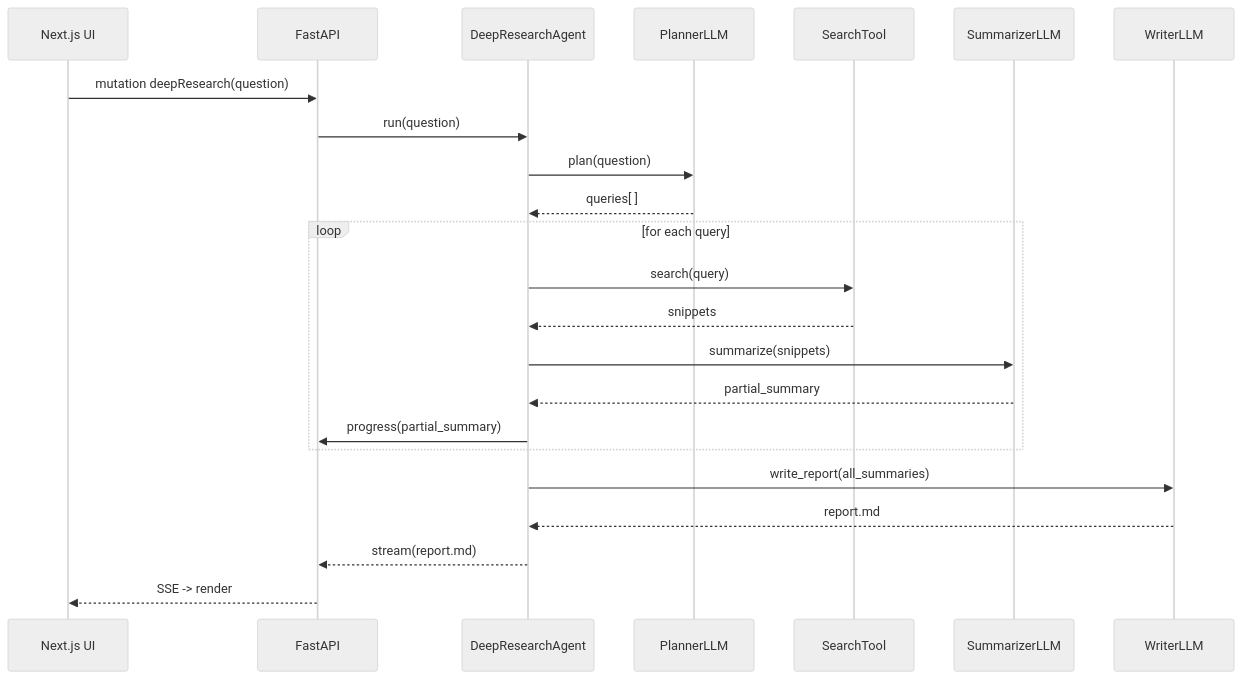
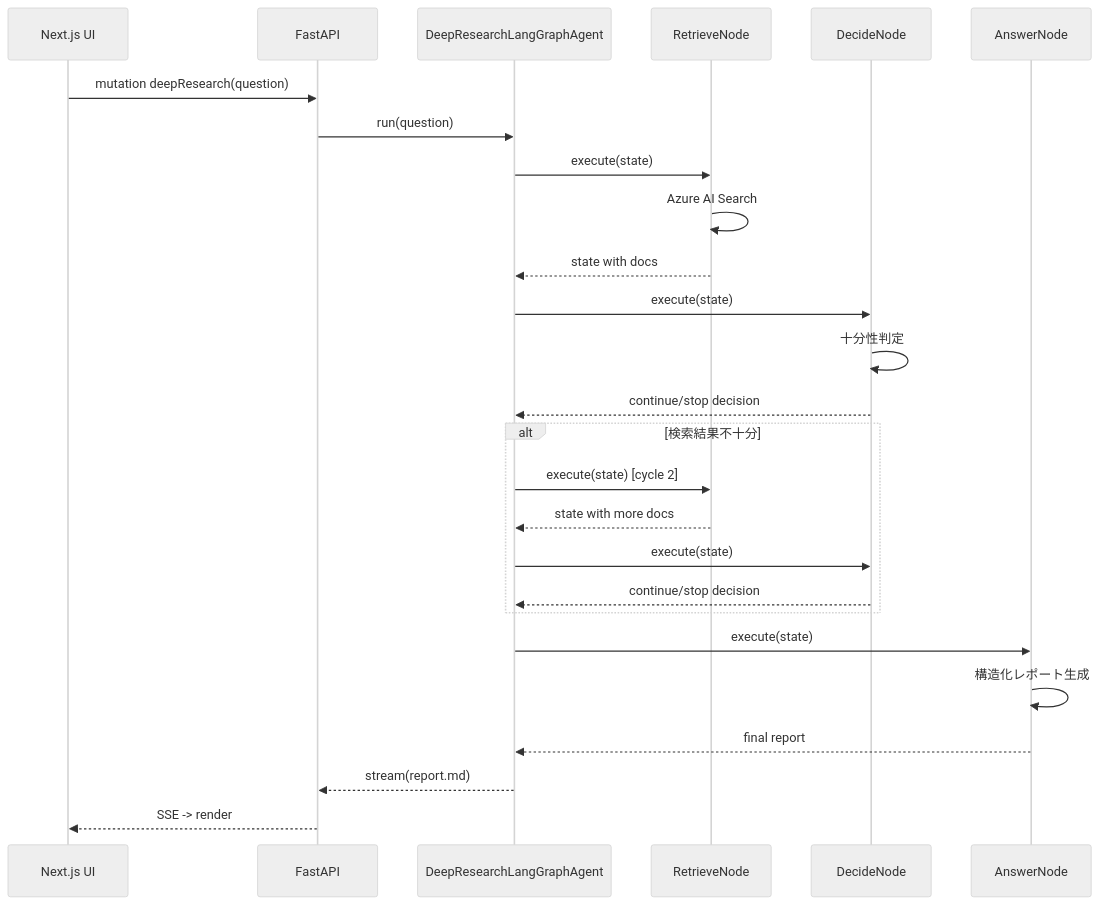
Before and after one commit to kenjishioya/llm-app-trial-with-ai-driven: the third of 3 diagrams in docs/architecture/component_deep_research.md, drawn with Mermaid (neutral theme). The commit also changed other lines of this file and 36 other files, not shown here.

First line of the commit message:
🚀 Phase 4: LangGraph Deep Research Implementation (#7)

````diff
--- a/docs/architecture/component_deep_research.md
+++ b/docs/architecture/component_deep_research.md
@@ -72,26 +77,29 @@
 ```mermaid
 sequenceDiagram
   participant FE as Next.js UI
   participant API as FastAPI
-  participant AG as DeepResearchAgent
-  participant PL as PlannerLLM
-  participant ST as SearchTool
-  participant SM as SummarizerLLM
-  participant WR as WriterLLM
+  participant AG as DeepResearchLangGraphAgent
+  participant RN as RetrieveNode
+  participant DN as DecideNode
+  participant AN as AnswerNode
 
   FE->>API: mutation deepResearch(question)
   API->>AG: run(question)
-  AG->>PL: plan(question)
-  PL-->>AG: queries[ ]
-  loop for each query
-    AG->>ST: search(query)
-    ST-->>AG: snippets
-    AG->>SM: summarize(snippets)
-    SM-->>AG: partial_summary
-    AG->>API: progress(partial_summary)
+  AG->>RN: execute(state)
+  RN->>RN: Azure AI Search
+  RN-->>AG: state with docs
+  AG->>DN: execute(state)
+  DN->>DN: 十分性判定
+  DN-->>AG: continue/stop decision
+  alt 検索結果不十分
+    AG->>RN: execute(state) [cycle 2]
+    RN-->>AG: state with more docs
+    AG->>DN: execute(state)
+    DN-->>AG: continue/stop decision
   end
-  AG->>WR: write_report(all_summaries)
-  WR-->>AG: report.md
+  AG->>AN: execute(state)
+  AN->>AN: 構造化レポート生成
+  AN-->>AG: final report
   AG-->>API: stream(report.md)
   API-->>FE: SSE -> render
 ```
````
